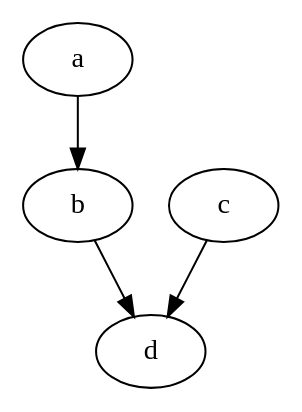
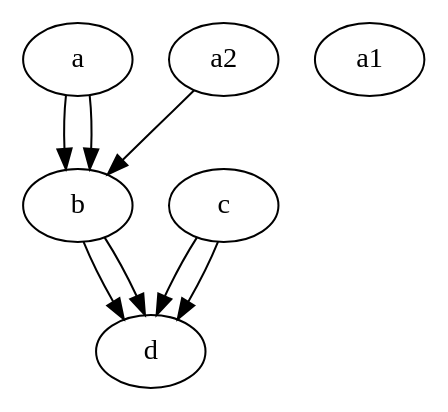
The second of 2 diagrams in 虚拟化/vdpa.md (sisyphus1212/note), drawn with Graphviz before and after one commit. The commit also changed 1 other file, not shown here.

Commit message:
auto_update

````diff
--- a/虚拟化/vdpa.md
+++ b/虚拟化/vdpa.md
@@ -272,11 +272,17 @@
 ```graphviz
 digraph first2{
 a;
 b;
 c;
 d;
+a1;
+a2,
+
+a->b;
+b->d;
+c->d;
 a->b;
 b->d;
 c->d;
 }
 ```
````
